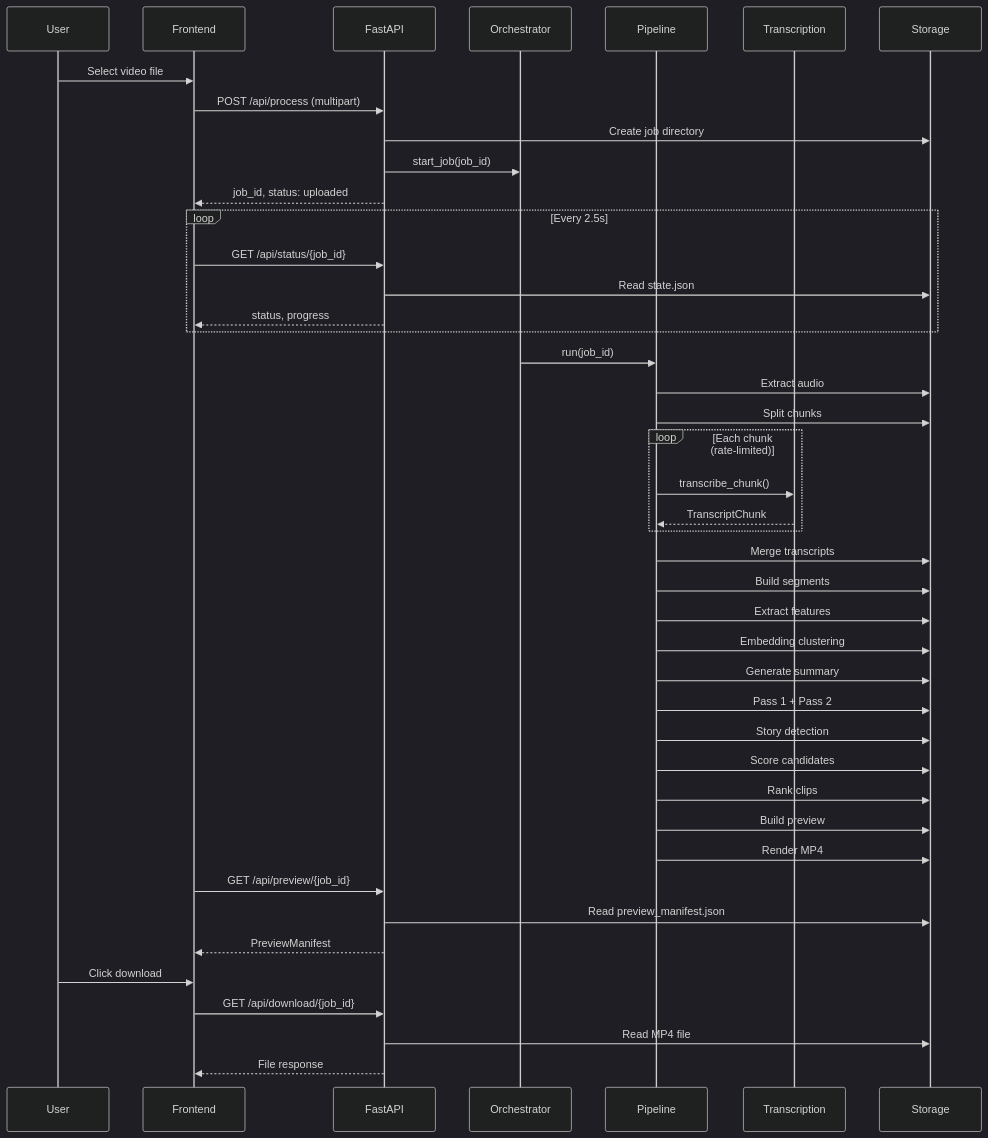
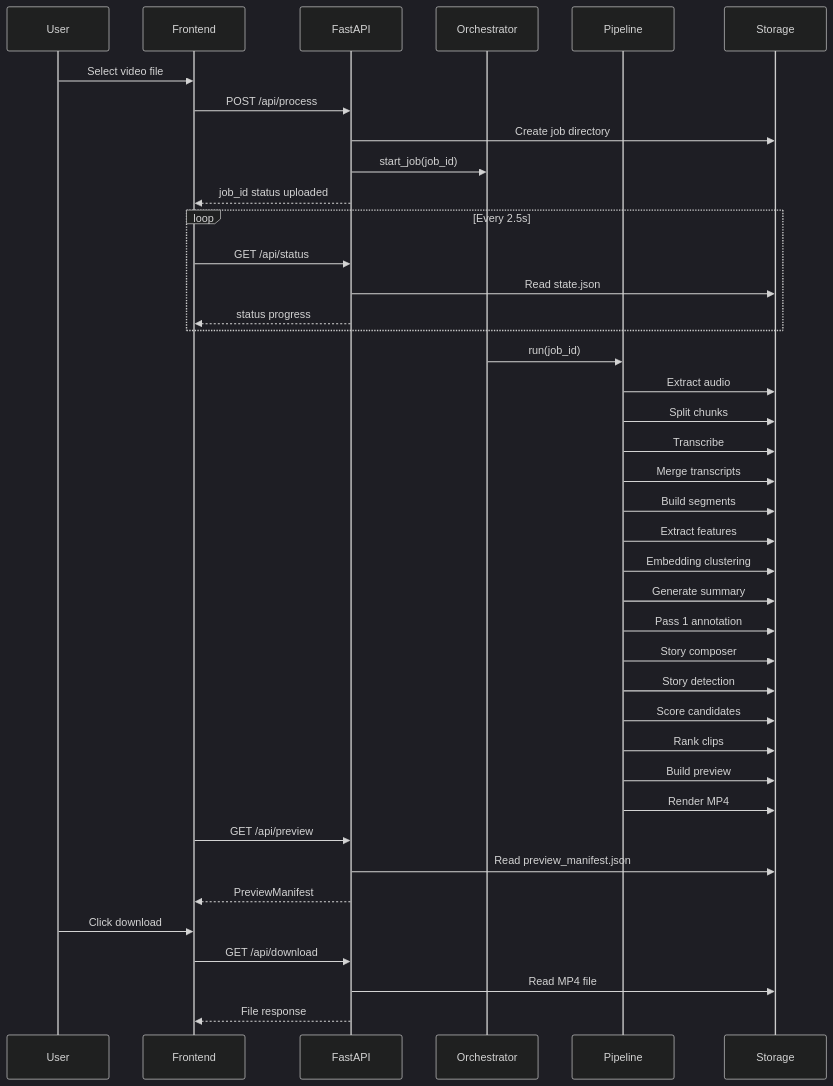
Before and after one commit to samm329-ui/Trimora_v2: diagram 12 of 16 in README.md, drawn with Mermaid (dark theme). The commit also changed other lines of this file, not shown here.

Commit message:
docs: update README with Deterministic Story Composer documentation and Mermaid diagrams

````diff
--- a/README.md
+++ b/README.md
@@ -1289,52 +1031,47 @@
 ```mermaid
 sequenceDiagram
     participant U as User
     participant F as Frontend
     participant A as FastAPI
     participant O as Orchestrator
     participant P as Pipeline
-    participant T as Transcription
     participant S as Storage
 
     U->>F: Select video file
-    F->>A: POST /api/process (multipart)
+    F->>A: POST /api/process
     A->>S: Create job directory
     A->>O: start_job(job_id)
-    A-->>F: job_id, status: uploaded
+    A-->>F: job_id status uploaded
 
     loop Every 2.5s
-        F->>A: GET /api/status/{job_id}
+        F->>A: GET /api/status
         A->>S: Read state.json
-        A-->>F: status, progress
+        A-->>F: status progress
     end
 
     O->>P: run(job_id)
     P->>S: Extract audio
     P->>S: Split chunks
-
-    loop Each chunk (rate-limited)
-        P->>T: transcribe_chunk()
-        T-->>P: TranscriptChunk
-    end
-
+    P->>S: Transcribe
     P->>S: Merge transcripts
     P->>S: Build segments
     P->>S: Extract features
     P->>S: Embedding clustering
     P->>S: Generate summary
-    P->>S: Pass 1 + Pass 2
+    P->>S: Pass 1 annotation
+    P->>S: Story composer
     P->>S: Story detection
     P->>S: Score candidates
     P->>S: Rank clips
     P->>S: Build preview
     P->>S: Render MP4
 
-    F->>A: GET /api/preview/{job_id}
+    F->>A: GET /api/preview
     A->>S: Read preview_manifest.json
     A-->>F: PreviewManifest
 
     U->>F: Click download
-    F->>A: GET /api/download/{job_id}
+    F->>A: GET /api/download
     A->>S: Read MP4 file
     A-->>F: File response
 ```
````
